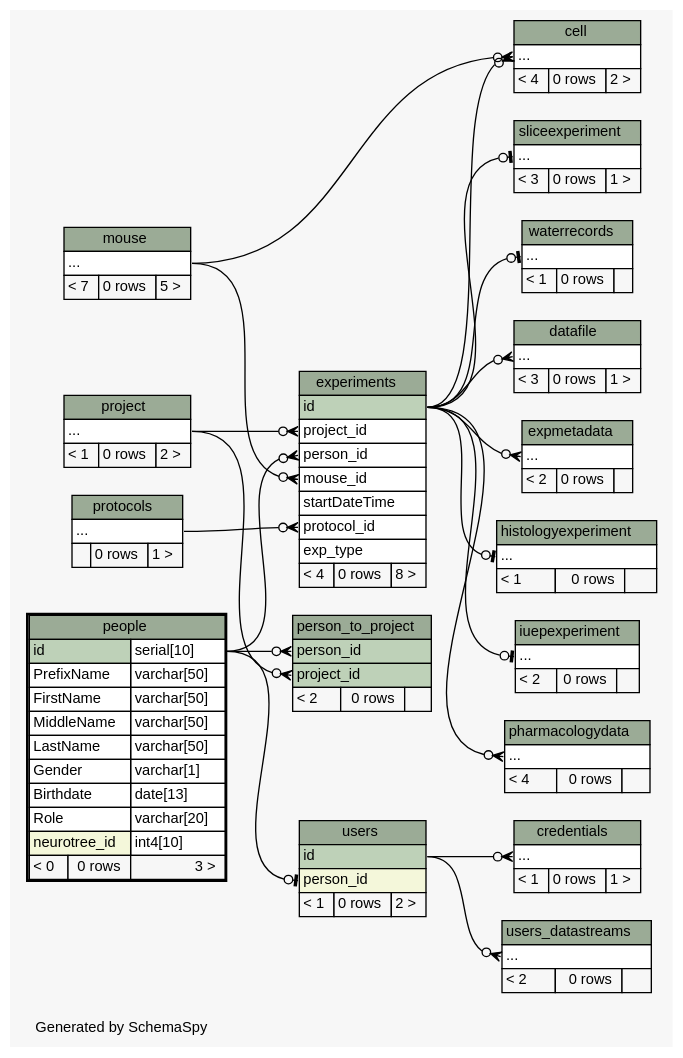
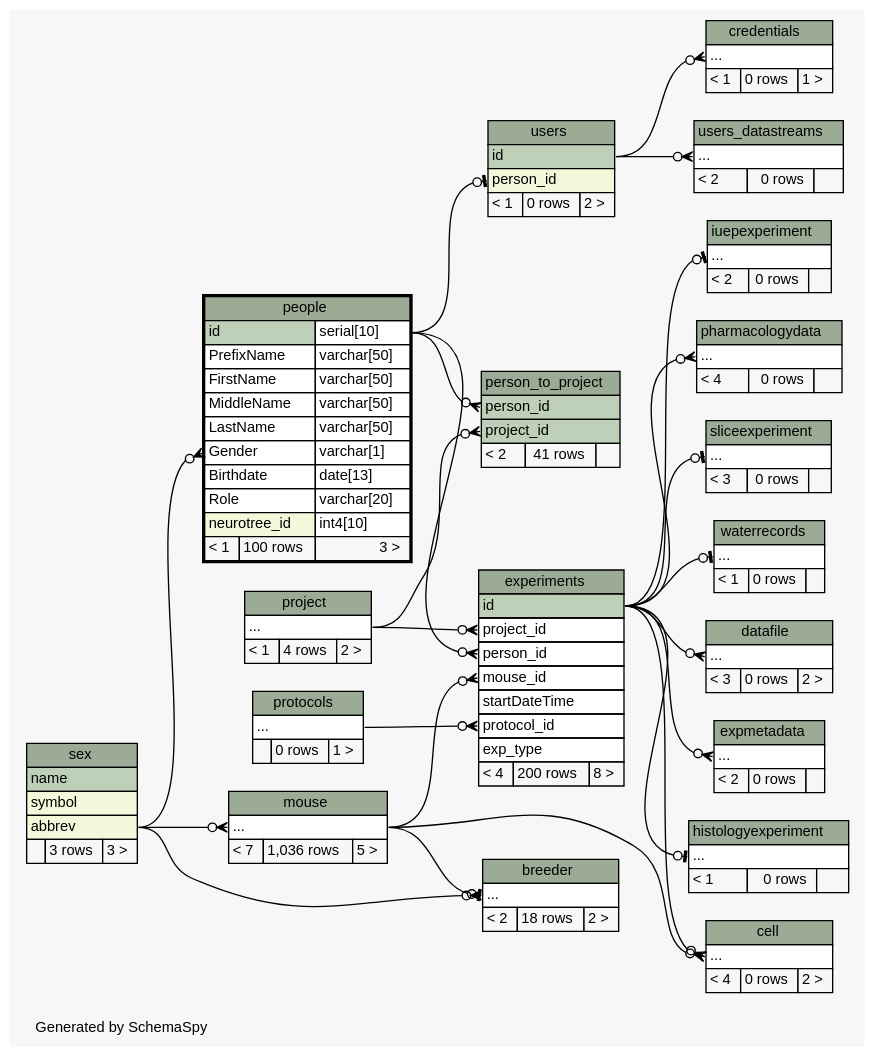
The diagram in database/ss/diagrams/people.2degrees.dot (tgbugs/mlab), drawn with Graphviz before and after one commit. The commit also changed 221 other files, not shown here.

```diff
--- a/database/ss/diagrams/people.2degrees.dot
+++ b/database/ss/diagrams/people.2degrees.dot
@@ -19,6 +19,8 @@
   edge [
     arrowsize="0.8"
   ];
+  "breeder":"elipses":w -> "mouse":"elipses":e [arrowhead=none dir=back arrowtail=teeodot];
+  "breeder":"elipses":w -> "sex":"abbrev":e [arrowhead=none dir=back arrowtail=crowodot];
   "cell":"elipses":w -> "experiments":"id":e [arrowhead=none dir=back arrowtail=crowodot];
   "cell":"elipses":w -> "mouse":"elipses":e [arrowhead=none dir=back arrowtail=crowodot];
   "credentials":"elipses":w -> "users":"id":e [arrowhead=none dir=back arrowtail=crowodot];
@@ -30,6 +32,8 @@
   "expmetadata":"elipses":w -> "experiments":"id":e [arrowhead=none dir=back arrowtail=crowodot];
   "histologyexperiment":"elipses":w -> "experiments":"id":e [arrowhead=none dir=back arrowtail=teeodot];
   "iuepexperiment":"elipses":w -> "experiments":"id":e [arrowhead=none dir=back arrowtail=teeodot];
+  "mouse":"elipses":w -> "sex":"abbrev":e [arrowhead=none dir=back arrowtail=crowodot];
+  "people":"Gender":w -> "sex":"abbrev":e [arrowhead=none dir=back arrowtail=crowodot];
   "person_to_project":"person_id":w -> "people":"id.type":e [arrowhead=none dir=back arrowtail=crowodot];
   "person_to_project":"project_id":w -> "project":"elipses":e [arrowhead=none dir=back arrowtail=crowodot];
   "pharmacologydata":"elipses":w -> "experiments":"id":e [arrowhead=none dir=back arrowtail=crowodot];
@@ -37,6 +41,16 @@
   "users":"person_id":w -> "people":"id.type":e [arrowhead=none dir=back arrowtail=teeodot];
   "users_datastreams":"elipses":w -> "users":"id":e [arrowhead=none dir=back arrowtail=crowodot];
   "waterrecords":"elipses":w -> "experiments":"id":e [arrowhead=none dir=back arrowtail=teeodot];
+  "breeder" [
+    label=<
+    <TABLE BORDER="0" CELLBORDER="1" CELLSPACING="0" BGCOLOR="#ffffff">
+      <TR><TD COLSPAN="3" BGCOLOR="#9bab96" ALIGN="CENTER">breeder</TD></TR>
+      <TR><TD PORT="elipses" COLSPAN="3" ALIGN="LEFT">...</TD></TR>
+      <TR><TD ALIGN="LEFT" BGCOLOR="#f7f7f7">&lt; 2</TD><TD ALIGN="RIGHT" BGCOLOR="#f7f7f7">18 rows</TD><TD ALIGN="RIGHT" BGCOLOR="#f7f7f7">2 &gt;</TD></TR>
+    </TABLE>>
+    URL="breeder.html"
+    tooltip="breeder"
+  ];
   "cell" [
     label=<
     <TABLE BORDER="0" CELLBORDER="1" CELLSPACING="0" BGCOLOR="#ffffff">
@@ -62,7 +76,7 @@
     <TABLE BORDER="0" CELLBORDER="1" CELLSPACING="0" BGCOLOR="#ffffff">
       <TR><TD COLSPAN="3" BGCOLOR="#9bab96" ALIGN="CENTER">datafile</TD></TR>
       <TR><TD PORT="elipses" COLSPAN="3" ALIGN="LEFT">...</TD></TR>
-      <TR><TD ALIGN="LEFT" BGCOLOR="#f7f7f7">&lt; 3</TD><TD ALIGN="RIGHT" BGCOLOR="#f7f7f7">0 rows</TD><TD ALIGN="RIGHT" BGCOLOR="#f7f7f7">1 &gt;</TD></TR>
+      <TR><TD ALIGN="LEFT" BGCOLOR="#f7f7f7">&lt; 3</TD><TD ALIGN="RIGHT" BGCOLOR="#f7f7f7">0 rows</TD><TD ALIGN="RIGHT" BGCOLOR="#f7f7f7">2 &gt;</TD></TR>
     </TABLE>>
     URL="datafile.html"
     tooltip="datafile"
@@ -78,7 +92,7 @@
       <TR><TD PORT="startDateTime" COLSPAN="3" ALIGN="LEFT">startDateTime</TD></TR>
       <TR><TD PORT="protocol_id" COLSPAN="3" ALIGN="LEFT">protocol_id</TD></TR>
       <TR><TD PORT="exp_type" COLSPAN="3" ALIGN="LEFT">exp_type</TD></TR>
-      <TR><TD ALIGN="LEFT" BGCOLOR="#f7f7f7">&lt; 4</TD><TD ALIGN="RIGHT" BGCOLOR="#f7f7f7">0 rows</TD><TD ALIGN="RIGHT" BGCOLOR="#f7f7f7">8 &gt;</TD></TR>
+      <TR><TD ALIGN="LEFT" BGCOLOR="#f7f7f7">&lt; 4</TD><TD ALIGN="RIGHT" BGCOLOR="#f7f7f7">200 rows</TD><TD ALIGN="RIGHT" BGCOLOR="#f7f7f7">8 &gt;</TD></TR>
     </TABLE>>
     URL="experiments.html"
     tooltip="experiments"
@@ -118,7 +132,7 @@
     <TABLE BORDER="0" CELLBORDER="1" CELLSPACING="0" BGCOLOR="#ffffff">
       <TR><TD COLSPAN="3" BGCOLOR="#9bab96" ALIGN="CENTER">mouse</TD></TR>
       <TR><TD PORT="elipses" COLSPAN="3" ALIGN="LEFT">...</TD></TR>
-      <TR><TD ALIGN="LEFT" BGCOLOR="#f7f7f7">&lt; 7</TD><TD ALIGN="RIGHT" BGCOLOR="#f7f7f7">0 rows</TD><TD ALIGN="RIGHT" BGCOLOR="#f7f7f7">5 &gt;</TD></TR>
+      <TR><TD ALIGN="LEFT" BGCOLOR="#f7f7f7">&lt; 7</TD><TD ALIGN="RIGHT" BGCOLOR="#f7f7f7">1,036 rows</TD><TD ALIGN="RIGHT" BGCOLOR="#f7f7f7">5 &gt;</TD></TR>
     </TABLE>>
     URL="mouse.html"
     tooltip="mouse"
@@ -136,7 +150,7 @@
       <TR><TD PORT="Birthdate" COLSPAN="2" ALIGN="LEFT">Birthdate</TD><TD PORT="Birthdate.type" ALIGN="LEFT">date[13]</TD></TR>
       <TR><TD PORT="Role" COLSPAN="2" ALIGN="LEFT">Role</TD><TD PORT="Role.type" ALIGN="LEFT">varchar[20]</TD></TR>
       <TR><TD PORT="neurotree_id" COLSPAN="2" BGCOLOR="#f4f7da" ALIGN="LEFT">neurotree_id</TD><TD PORT="neurotree_id.type" ALIGN="LEFT">int4[10]</TD></TR>
-      <TR><TD ALIGN="LEFT" BGCOLOR="#f7f7f7">&lt; 0</TD><TD ALIGN="RIGHT" BGCOLOR="#f7f7f7">0 rows</TD><TD ALIGN="RIGHT" BGCOLOR="#f7f7f7">3 &gt;</TD></TR>
+      <TR><TD ALIGN="LEFT" BGCOLOR="#f7f7f7">&lt; 1</TD><TD ALIGN="RIGHT" BGCOLOR="#f7f7f7">100 rows</TD><TD ALIGN="RIGHT" BGCOLOR="#f7f7f7">3 &gt;</TD></TR>
     </TABLE>>
     URL="people.html"
     tooltip="people"
@@ -147,7 +161,7 @@
       <TR><TD COLSPAN="3" BGCOLOR="#9bab96" ALIGN="CENTER">person_to_project</TD></TR>
       <TR><TD PORT="person_id" COLSPAN="3" BGCOLOR="#bed1b8" ALIGN="LEFT">person_id</TD></TR>
       <TR><TD PORT="project_id" COLSPAN="3" BGCOLOR="#bed1b8" ALIGN="LEFT">project_id</TD></TR>
-      <TR><TD ALIGN="LEFT" BGCOLOR="#f7f7f7">&lt; 2</TD><TD ALIGN="RIGHT" BGCOLOR="#f7f7f7">0 rows</TD><TD ALIGN="RIGHT" BGCOLOR="#f7f7f7">  </TD></TR>
+      <TR><TD ALIGN="LEFT" BGCOLOR="#f7f7f7">&lt; 2</TD><TD ALIGN="RIGHT" BGCOLOR="#f7f7f7">41 rows</TD><TD ALIGN="RIGHT" BGCOLOR="#f7f7f7">  </TD></TR>
     </TABLE>>
     URL="person_to_project.html"
     tooltip="person_to_project"
@@ -167,7 +181,7 @@
     <TABLE BORDER="0" CELLBORDER="1" CELLSPACING="0" BGCOLOR="#ffffff">
       <TR><TD COLSPAN="3" BGCOLOR="#9bab96" ALIGN="CENTER">project</TD></TR>
       <TR><TD PORT="elipses" COLSPAN="3" ALIGN="LEFT">...</TD></TR>
-      <TR><TD ALIGN="LEFT" BGCOLOR="#f7f7f7">&lt; 1</TD><TD ALIGN="RIGHT" BGCOLOR="#f7f7f7">0 rows</TD><TD ALIGN="RIGHT" BGCOLOR="#f7f7f7">2 &gt;</TD></TR>
+      <TR><TD ALIGN="LEFT" BGCOLOR="#f7f7f7">&lt; 1</TD><TD ALIGN="RIGHT" BGCOLOR="#f7f7f7">4 rows</TD><TD ALIGN="RIGHT" BGCOLOR="#f7f7f7">2 &gt;</TD></TR>
     </TABLE>>
     URL="project.html"
     tooltip="project"
@@ -182,12 +196,24 @@
     URL="protocols.html"
     tooltip="protocols"
   ];
+  "sex" [
+    label=<
+    <TABLE BORDER="0" CELLBORDER="1" CELLSPACING="0" BGCOLOR="#ffffff">
+      <TR><TD COLSPAN="3" BGCOLOR="#9bab96" ALIGN="CENTER">sex</TD></TR>
+      <TR><TD PORT="name" COLSPAN="3" BGCOLOR="#bed1b8" ALIGN="LEFT">name</TD></TR>
+      <TR><TD PORT="symbol" COLSPAN="3" BGCOLOR="#f4f7da" ALIGN="LEFT">symbol</TD></TR>
+      <TR><TD PORT="abbrev" COLSPAN="3" BGCOLOR="#f4f7da" ALIGN="LEFT">abbrev</TD></TR>
+      <TR><TD ALIGN="LEFT" BGCOLOR="#f7f7f7">  </TD><TD ALIGN="RIGHT" BGCOLOR="#f7f7f7">3 rows</TD><TD ALIGN="RIGHT" BGCOLOR="#f7f7f7">3 &gt;</TD></TR>
+    </TABLE>>
+    URL="sex.html"
+    tooltip="sex"
+  ];
   "sliceexperiment" [
     label=<
     <TABLE BORDER="0" CELLBORDER="1" CELLSPACING="0" BGCOLOR="#ffffff">
       <TR><TD COLSPAN="3" BGCOLOR="#9bab96" ALIGN="CENTER">sliceexperiment</TD></TR>
       <TR><TD PORT="elipses" COLSPAN="3" ALIGN="LEFT">...</TD></TR>
-      <TR><TD ALIGN="LEFT" BGCOLOR="#f7f7f7">&lt; 3</TD><TD ALIGN="RIGHT" BGCOLOR="#f7f7f7">0 rows</TD><TD ALIGN="RIGHT" BGCOLOR="#f7f7f7">1 &gt;</TD></TR>
+      <TR><TD ALIGN="LEFT" BGCOLOR="#f7f7f7">&lt; 3</TD><TD ALIGN="RIGHT" BGCOLOR="#f7f7f7">0 rows</TD><TD ALIGN="RIGHT" BGCOLOR="#f7f7f7">  </TD></TR>
     </TABLE>>
     URL="sliceexperiment.html"
     tooltip="sliceexperiment"
```
